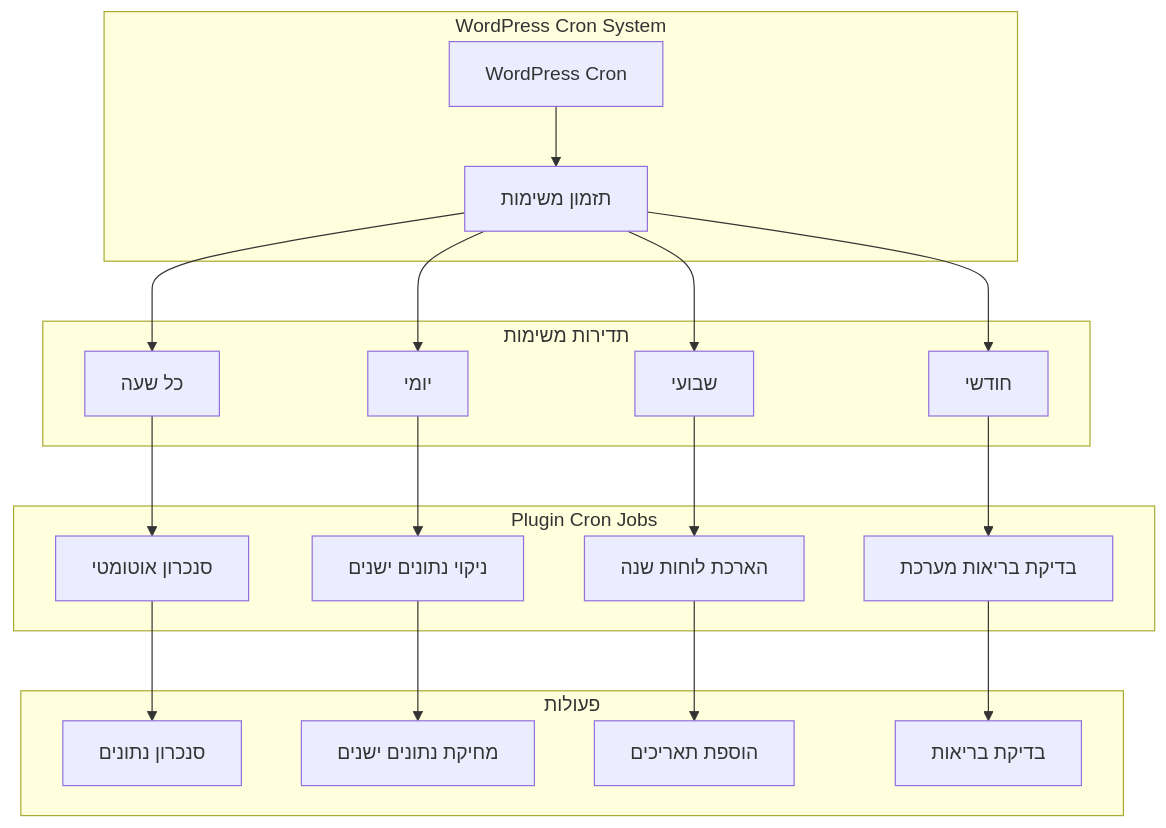
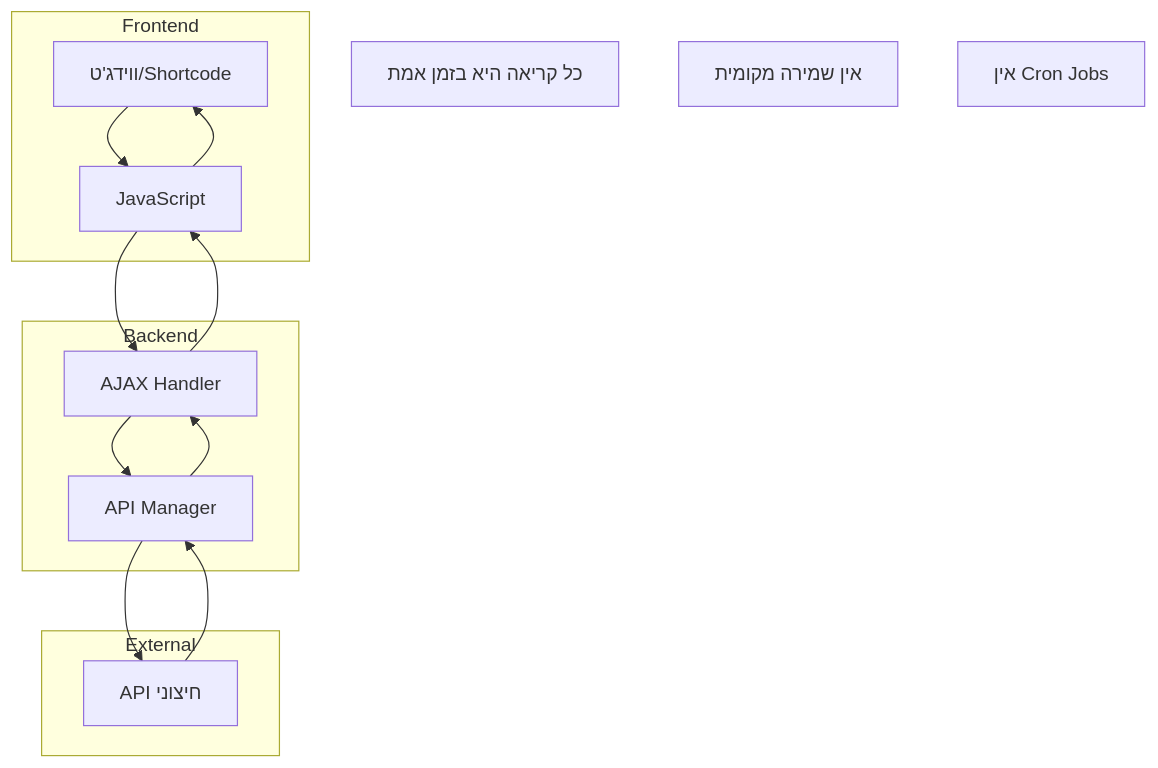
The fifth of 8 diagrams in docs/DETAILED_FLOW.md (OrielBenMoshe/clinic-queue-management), drawn with Mermaid before and after one commit. The commit also changed other lines of this file and 78 other files, not shown here.

````diff
--- a/docs/DETAILED_FLOW.md
+++ b/docs/DETAILED_FLOW.md
@@ -191,44 +170,29 @@
 ```mermaid
 graph TD
-    subgraph "WordPress Cron System"
-        WP_CRON[WordPress Cron]
-        SCHEDULE[תזמון משימות]
+    subgraph "Frontend"
+        WIDGET[ווידג'ט/Shortcode]
+        JS[JavaScript]
     end
     
-    subgraph "Plugin Cron Jobs"
-        AUTO_SYNC[סנכרון אוטומטי]
-        CLEANUP[ניקוי נתונים ישנים]
-        EXTEND[הארכת לוחות שנה]
-        HEALTH[בדיקת בריאות מערכת]
+    subgraph "Backend"
+        AJAX[AJAX Handler]
+        API_MGR[API Manager]
     end
     
-    subgraph "תדירות משימות"
-        HOURLY[כל שעה]
-        DAILY[יומי]
-        WEEKLY[שבועי]
-        MONTHLY[חודשי]
+    subgraph "External"
+        EXT_API[API חיצוני]
     end
     
-    subgraph "פעולות"
-        SYNC_DATA[סנכרון נתונים]
-        DELETE_OLD[מחיקת נתונים ישנים]
-        ADD_DATES[הוספת תאריכים]
-        CHECK_HEALTH[בדיקת בריאות]
-    end
+    WIDGET --> JS
+    JS --> AJAX
+    AJAX --> API_MGR
+    API_MGR --> EXT_API
+    EXT_API --> API_MGR
+    API_MGR --> AJAX
+    AJAX --> JS
+    JS --> WIDGET
     
-    WP_CRON --> SCHEDULE
-    SCHEDULE --> HOURLY
-    SCHEDULE --> DAILY
-    SCHEDULE --> WEEKLY
-    SCHEDULE --> MONTHLY
-    
-    HOURLY --> AUTO_SYNC
-    DAILY --> CLEANUP
-    WEEKLY --> EXTEND
-    MONTHLY --> HEALTH
-    
-    AUTO_SYNC --> SYNC_DATA
-    CLEANUP --> DELETE_OLD
-    EXTEND --> ADD_DATES
-    HEALTH --> CHECK_HEALTH
+    Note1[כל קריאה היא בזמן אמת]
+    Note2[אין שמירה מקומית]
+    Note3[אין Cron Jobs]
 ```
````
